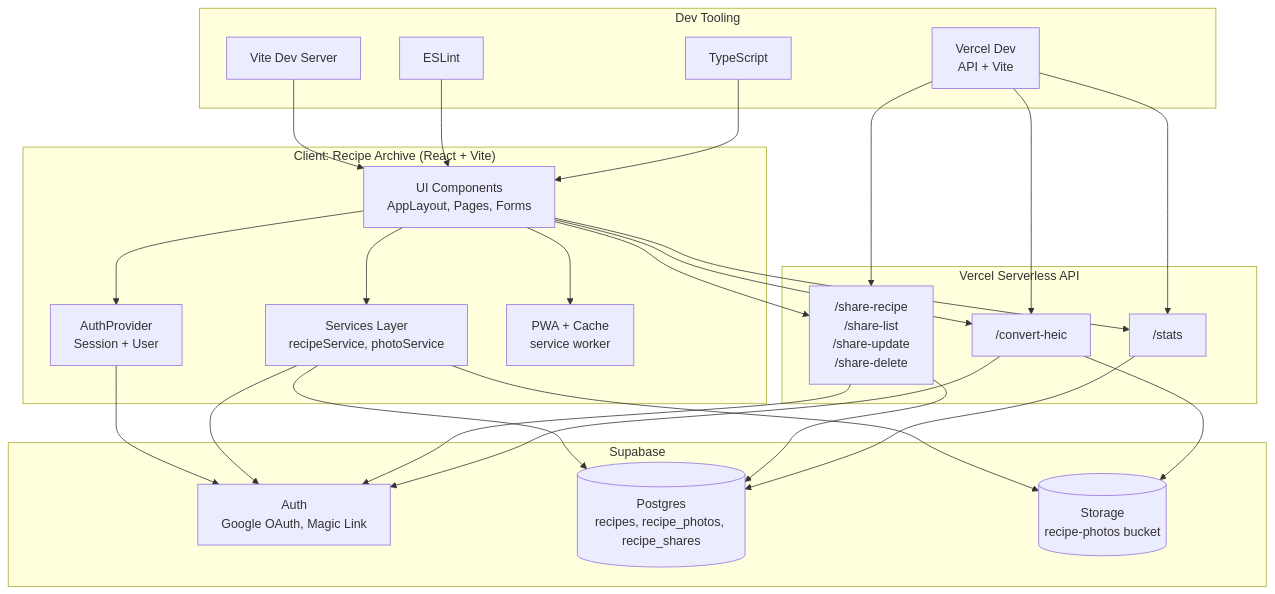
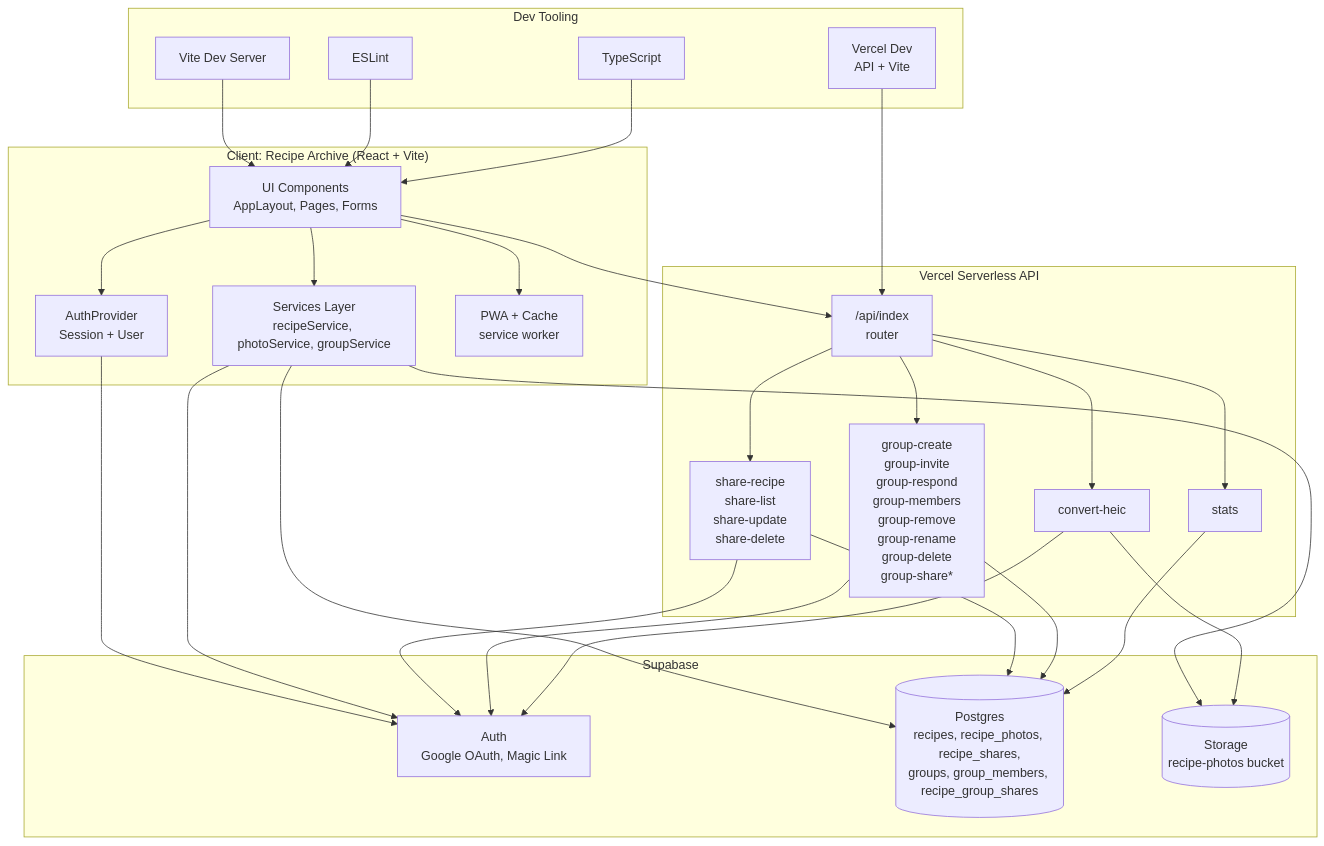
The diagram in README.md (mastershivam/RecipeApp), drawn with Mermaid before and after one commit. The commit also changed 3 other files, not shown here.

First line of the commit message:
Enhance recipe sharing and service structure in documentation and code

````diff
--- a/README.md
+++ b/README.md
@@ -441,53 +441,57 @@
 ```mermaid
 flowchart TB
   subgraph Client["Client: Recipe Archive (React + Vite)"]
     UI["UI Components<br/>AppLayout, Pages, Forms"]
     AuthCtx["AuthProvider<br/>Session + User"]
-    Data["Services Layer<br/>recipeService, photoService"]
+    Data["Services Layer<br/>recipeService, photoService, groupService"]
     PWA["PWA + Cache<br/>service worker"]
   end
 
   subgraph APIs["Vercel Serverless API"]
-    ShareAPI["/share-recipe<br/>/share-list<br/>/share-update<br/>/share-delete"]
-    HeicAPI["/convert-heic"]
-    StatsAPI["/stats"]
+    ApiIndex["/api/index<br/>router"]
+    ShareAPI["share-recipe<br/>share-list<br/>share-update<br/>share-delete"]
+    GroupAPI["group-create<br/>group-invite<br/>group-respond<br/>group-members<br/>group-remove<br/>group-rename<br/>group-delete<br/>group-share*"]
+    HeicAPI["convert-heic"]
+    StatsAPI["stats"]
   end
 
   subgraph Supabase["Supabase"]
     Auth["Auth<br/>Google OAuth, Magic Link"]
-    DB[("Postgres<br/>recipes, recipe_photos, recipe_shares")]
+    DB[("Postgres<br/>recipes, recipe_photos, recipe_shares,<br/>groups, group_members, recipe_group_shares")]
     Storage[("Storage<br/>recipe-photos bucket")]
   end
 
   subgraph Dev["Dev Tooling"]
     Vite["Vite Dev Server"]
     VercelDev["Vercel Dev<br/>API + Vite"]
     ESLint["ESLint"]
     TS["TypeScript"]
   end
 
   UI --> AuthCtx
   UI --> Data
   UI --> PWA
   AuthCtx --> Auth
   Data --> DB
   Data --> Storage
   Data --> Auth
 
-  UI --> ShareAPI
-  UI --> HeicAPI
-  UI --> StatsAPI
+  UI --> ApiIndex
+  ApiIndex --> ShareAPI
+  ApiIndex --> GroupAPI
+  ApiIndex --> HeicAPI
+  ApiIndex --> StatsAPI
 
   ShareAPI --> DB
   ShareAPI --> Auth
+  GroupAPI --> DB
+  GroupAPI --> Auth
   HeicAPI --> Storage
   HeicAPI --> Auth
   StatsAPI --> DB
 
   Vite --> UI
-  VercelDev --> ShareAPI
-  VercelDev --> HeicAPI
-  VercelDev --> StatsAPI
+  VercelDev --> ApiIndex
   ESLint --> UI
   TS --> UI
 ```
````
